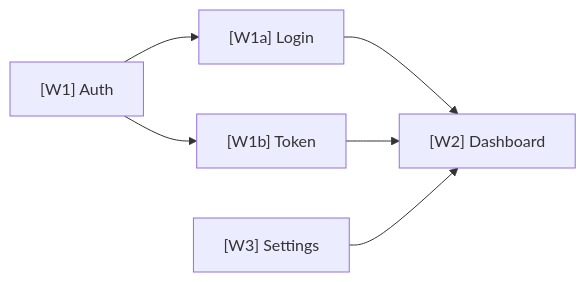
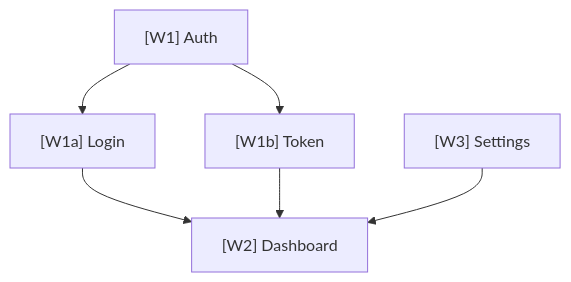
The third of 3 diagrams in core/skills/wdd/SKILL.md (sjquant/ghosts), drawn with Mermaid before and after one commit.

Commit message:
graph to flowchart in WDD

````diff
--- a/core/skills/wdd/SKILL.md
+++ b/core/skills/wdd/SKILL.md
@@ -164,8 +164,8 @@
 ```mermaid
-graph LR
+flowchart TD
   W1["[W1] Auth"] --> W1a["[W1a] Login"]
   W1["[W1] Auth"] --> W1b["[W1b] Token"]
   W1a --> W2["[W2] Dashboard"]
   W1b --> W2
   W3["[W3] Settings"] --> W2
 ```
````
